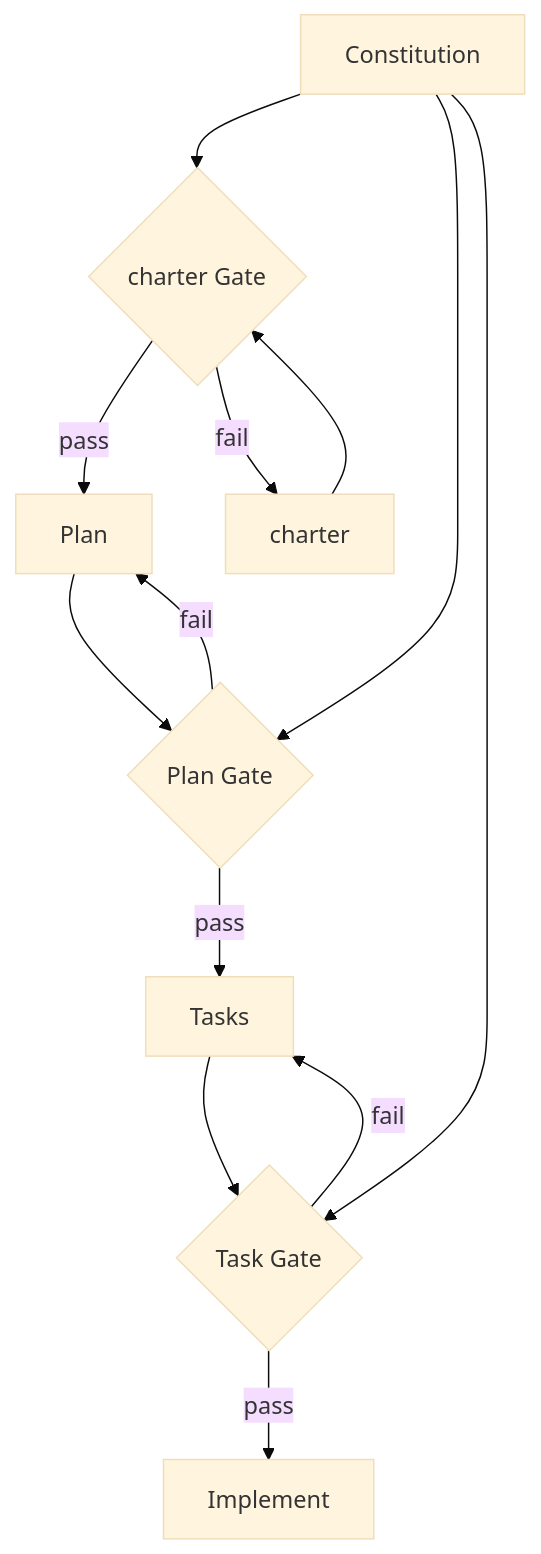
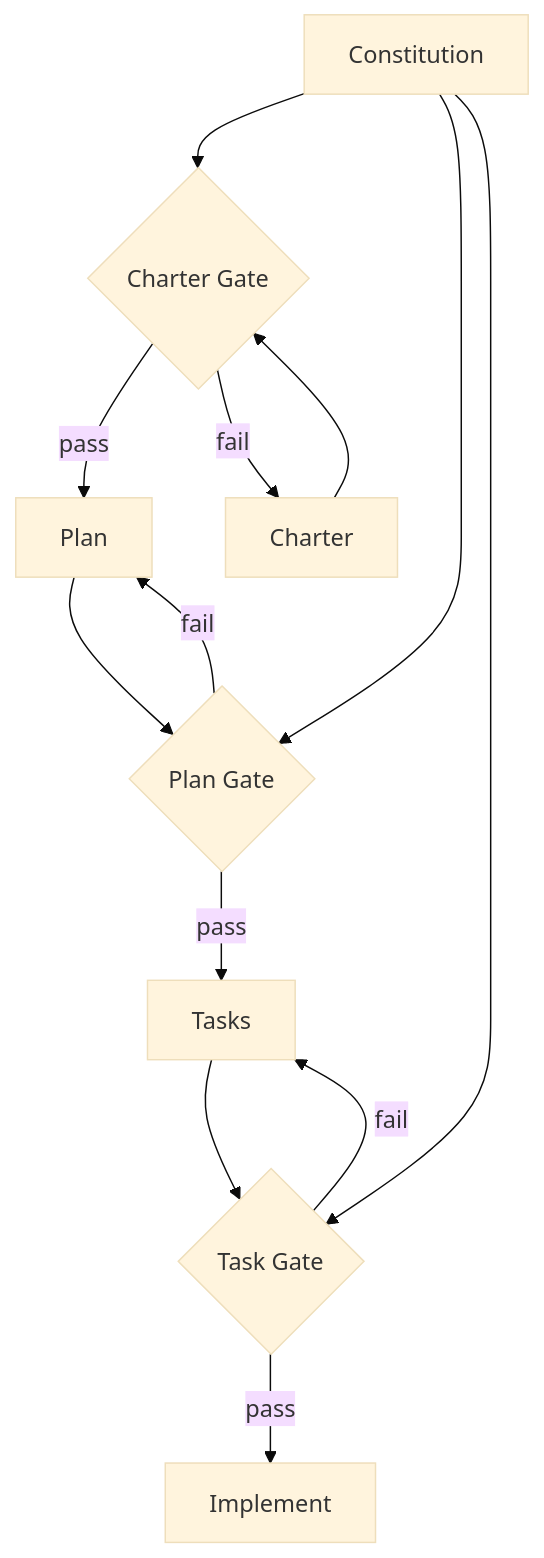
Before and after one commit to ParkWardRR/weekend-to-release: the diagram in src/content/docs/guide/constitution.md, drawn with Mermaid (base theme). The commit also changed other lines of this file and 26 other files, not shown here.

Commit message:
docs: rename methodology to ACE and replace charter lexicon

````diff
--- a/src/content/docs/guide/constitution.md
+++ b/src/content/docs/guide/constitution.md
@@ -38,17 +38,17 @@
 ```mermaid
 flowchart TD
-    C[Constitution] --> G1{charter Gate}
+    C[Constitution] --> G1{Charter Gate}
     C --> G2{Plan Gate}
     C --> G3{Task Gate}
 
-    S[charter] --> G1
+    S[Charter] --> G1
     G1 -->|pass| P[Plan]
     P --> G2
     G2 -->|pass| T[Tasks]
     T --> G3
     G3 -->|pass| I[Implement]
 
     G1 -->|fail| S
     G2 -->|fail| P
     G3 -->|fail| T
 ```
````
